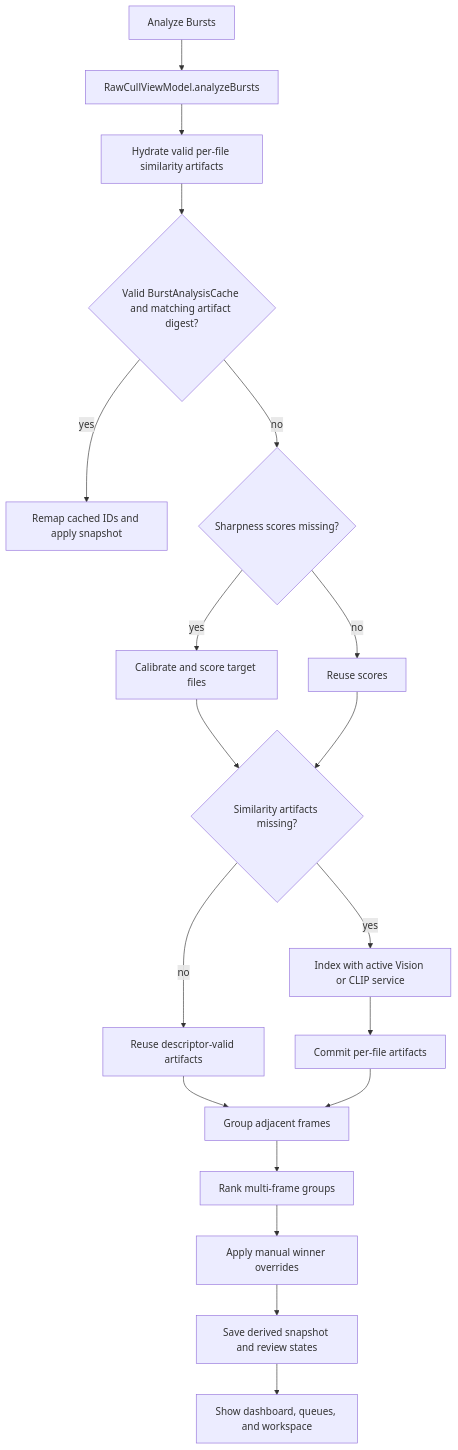
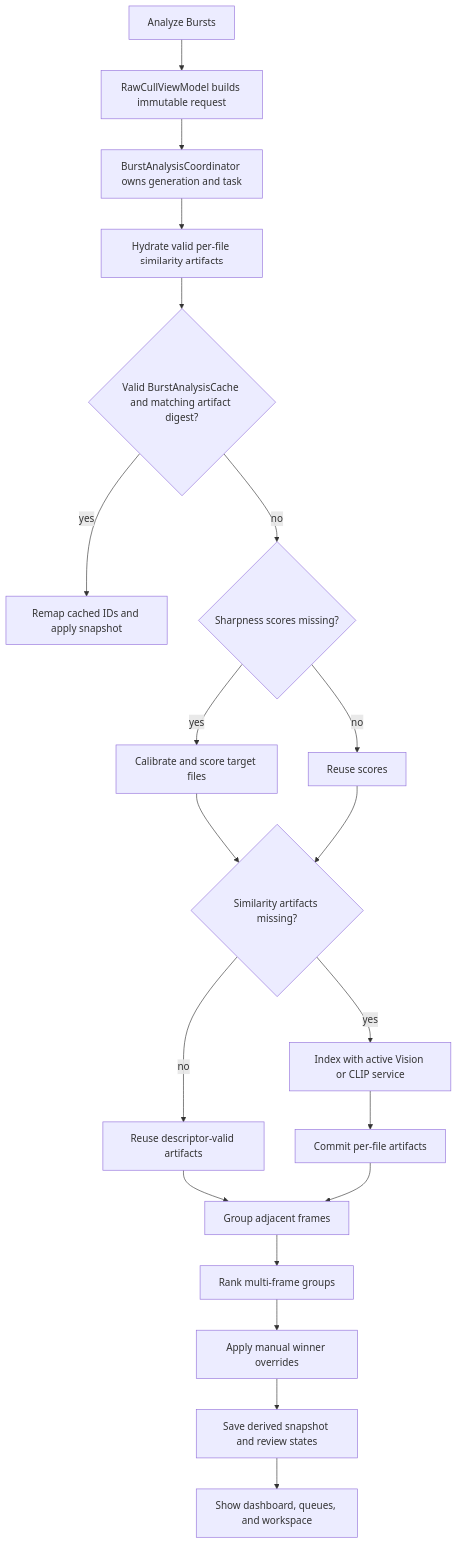
One commit to rsyncOSX/TechDocRawcull changed the diagram in content/en/docs/burstgroup.md. Above: the diagram before and after it, drawn with Mermaid. The commit also changed other lines of this file and 13 other files, not shown here.

````diff
--- a/content/en/docs/burstgroup.md
+++ b/content/en/docs/burstgroup.md
@@ -44,21 +46,22 @@
 ```mermaid
 flowchart TD
-    A["Analyze Bursts"] --> B["RawCullViewModel.analyzeBursts"]
-    B --> C["Hydrate valid per-file similarity artifacts"]
-    C --> D{"Valid BurstAnalysisCache and matching artifact digest?"}
+    A["Analyze Bursts"] --> B["RawCullViewModel builds immutable request"]
+    B --> C["BurstAnalysisCoordinator owns generation and task"]
+    C --> H0["Hydrate valid per-file similarity artifacts"]
+    H0 --> D{"Valid BurstAnalysisCache and matching artifact digest?"}
     D -->|"yes"| E["Remap cached IDs and apply snapshot"]
     D -->|"no"| F{"Sharpness scores missing?"}
     F -->|"yes"| G["Calibrate and score target files"]
     F -->|"no"| H["Reuse scores"]
     G --> I{"Similarity artifacts missing?"}
     H --> I
     I -->|"yes"| J["Index with active Vision or CLIP service"]
     I -->|"no"| K["Reuse descriptor-valid artifacts"]
     J --> L["Commit per-file artifacts"]
     K --> M["Group adjacent frames"]
     L --> M
     M --> N["Rank multi-frame groups"]
     N --> O["Apply manual winner overrides"]
     O --> P["Save derived snapshot and review states"]
     P --> Q["Show dashboard, queues, and workspace"]
 ```
````
